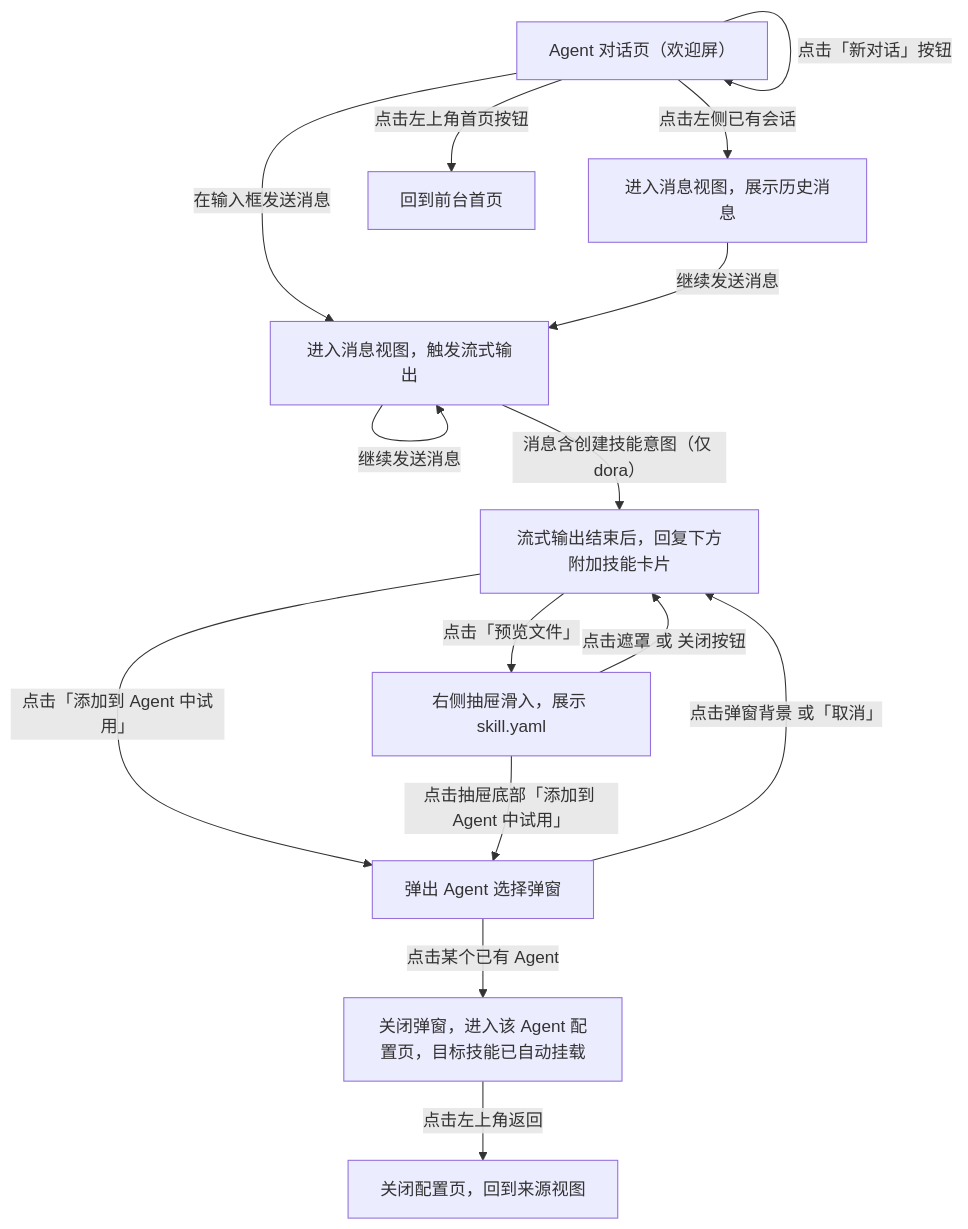
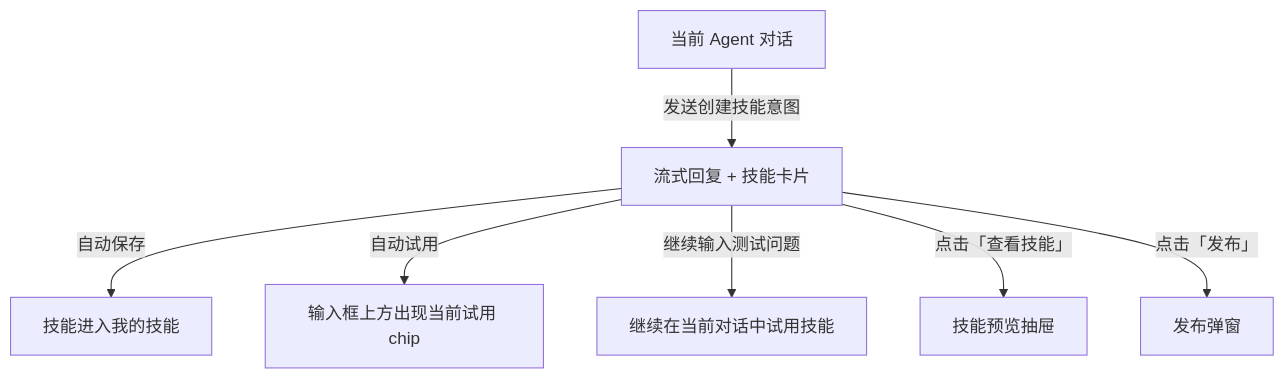
Before and after one commit to zui-luo/dorauxdemo: the sixth of 9 diagrams in custom-skill-entry/interaction-spec.md, drawn with Mermaid. The commit also changed other lines of this file and 14 other files, not shown here.

````diff
--- a/custom-skill-entry/interaction-spec.md
+++ b/custom-skill-entry/interaction-spec.md
@@ -121,17 +106,9 @@
 ```mermaid
 flowchart TD
-    A["Agent 对话页（欢迎屏）"] -->|在输入框发送消息| B["进入消息视图，触发流式输出"]
-    A -->|点击左侧已有会话| C["进入消息视图，展示历史消息"]
-    A -->|点击「新对话」按钮| A
-    A -->|点击左上角首页按钮| H["回到前台首页"]
-    B -->|继续发送消息| B
-    C -->|继续发送消息| B
-    B -->|消息含创建技能意图（仅 dora）| D["流式输出结束后，回复下方附加技能卡片"]
-    D -->|点击「预览文件」| E["右侧抽屉滑入，展示 skill.yaml"]
-    D -->|点击「添加到 Agent 中试用」| F["弹出 Agent 选择弹窗"]
-    E -->|点击抽屉底部「添加到 Agent 中试用」| F
-    E -->|点击遮罩 或 关闭按钮| D
-    F -->|点击某个已有 Agent| G["关闭弹窗，进入该 Agent 配置页，目标技能已自动挂载"]
-    F -->|点击弹窗背景 或「取消」| D
-    G -->|点击左上角返回| H2["关闭配置页，回到来源视图"]
+    A["当前 Agent 对话"] -->|发送创建技能意图| B["流式回复 + 技能卡片"]
+    B -->|自动保存| C["技能进入我的技能"]
+    B -->|自动试用| D["输入框上方出现当前试用 chip"]
+    B -->|继续输入测试问题| E["继续在当前对话中试用技能"]
+    B -->|点击「查看技能」| F["技能预览抽屉"]
+    B -->|点击「发布」| G["发布弹窗"]
 ```
````
